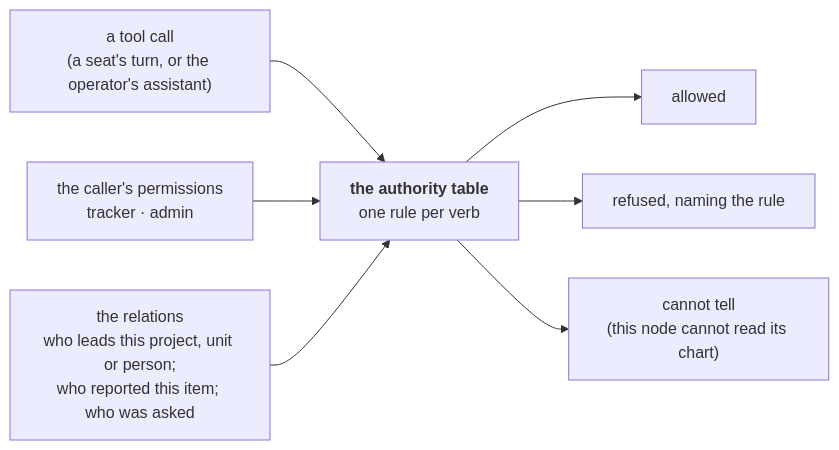
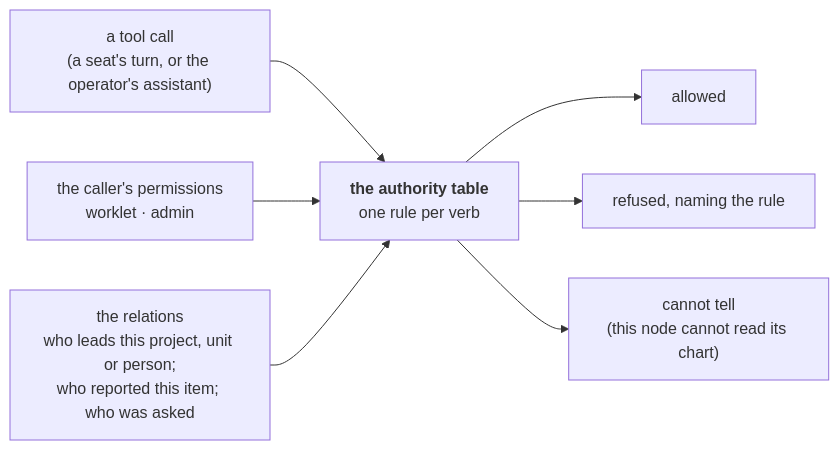
The first of 5 diagrams in docs/concepts/task-engine.md (crewlet/crewlet), drawn with Mermaid before and after one commit. The commit also changed other lines of this file and 55 other files, not shown here.

First line of the commit message:
docs(docs): name the tracker Worklet and the knowledge base Doclet

````diff
--- a/docs/concepts/task-engine.md
+++ b/docs/concepts/task-engine.md
@@ -60,16 +61,16 @@
 ```mermaid
 flowchart LR
     CALL["a tool call<br/>(a seat's turn, or the operator's assistant)"]
     TABLE["<b>the authority table</b><br/>one rule per verb"]
-    GRANT["the caller's permissions<br/>tracker · admin"]
+    GRANT["the caller's permissions<br/>worklet · admin"]
     CHART["the relations<br/>who leads this project, unit or person;<br/>who reported this item; who was asked"]
     YES["allowed"]
     NO["refused, naming the rule"]
     UNK["cannot tell<br/>(this node cannot read its chart)"]
     CALL --> TABLE
     GRANT --> TABLE
     CHART --> TABLE
     TABLE --> YES
     TABLE --> NO
     TABLE --> UNK
 ```
````
